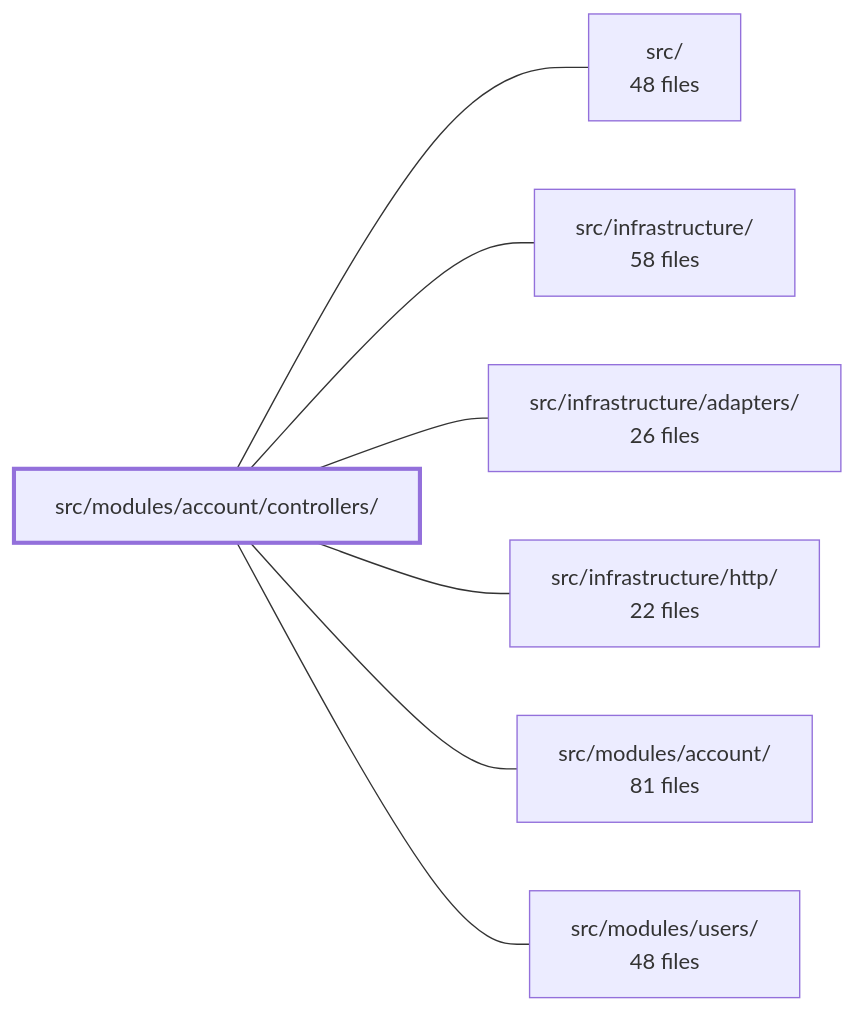
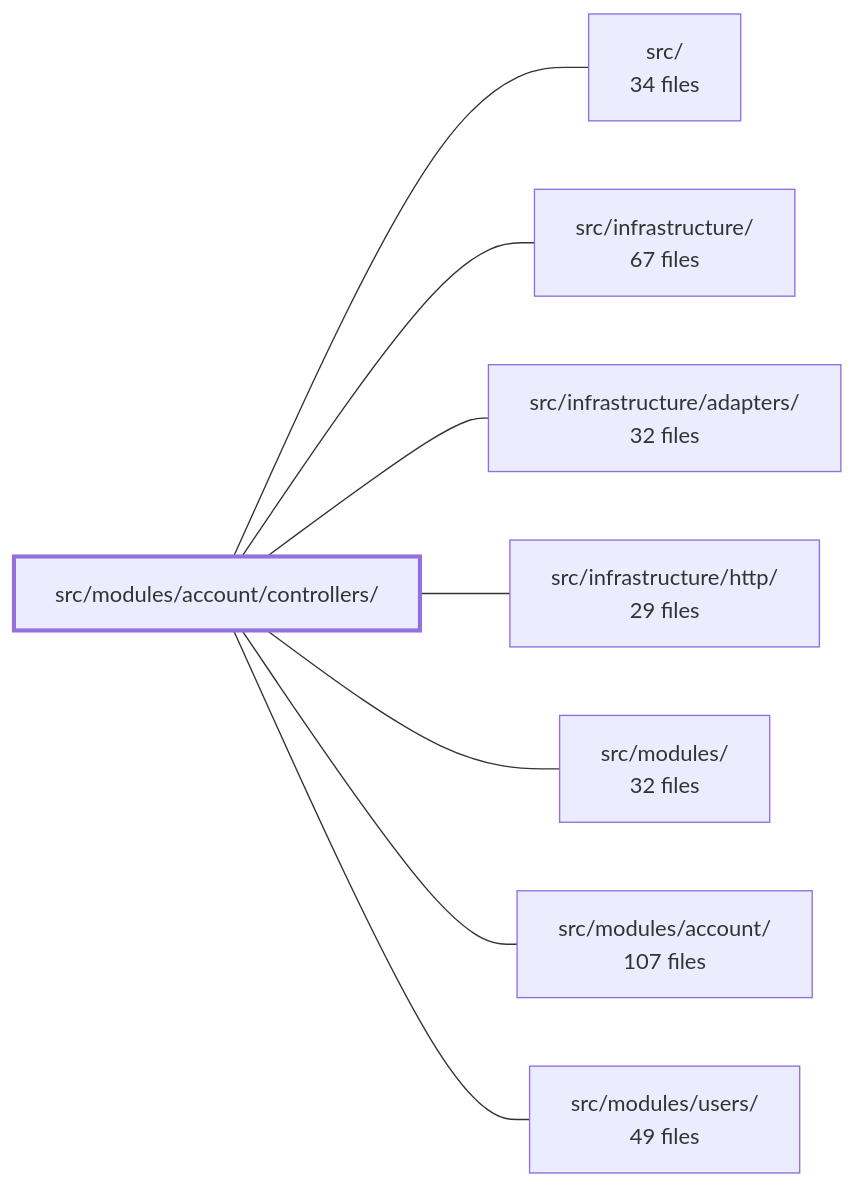
Before and after one commit to Guebbit/boilerplate-node-backend: the diagram in .2brain/modules/boilerplate-node-backend_src_modules_account_controllers.md, drawn with Mermaid. The commit also changed other lines of this file and 106 other files, not shown here.

````diff
--- a/.2brain/modules/boilerplate-node-backend_src_modules_account_controllers.md
+++ b/.2brain/modules/boilerplate-node-backend_src_modules_account_controllers.md
@@ -42,17 +41,19 @@
 ```mermaid
 flowchart LR
     m_src_modules_account_controllers["src/modules/account/controllers/"]
-    m_src["src/<br/>48 files"]
-    m_src_infrastructure["src/infrastructure/<br/>58 files"]
-    m_src_infrastructure_adapters["src/infrastructure/adapters/<br/>26 files"]
-    m_src_infrastructure_http["src/infrastructure/http/<br/>22 files"]
-    m_src_modules_account["src/modules/account/<br/>81 files"]
-    m_src_modules_users["src/modules/users/<br/>48 files"]
+    m_src["src/<br/>34 files"]
+    m_src_infrastructure["src/infrastructure/<br/>67 files"]
+    m_src_infrastructure_adapters["src/infrastructure/adapters/<br/>32 files"]
+    m_src_infrastructure_http["src/infrastructure/http/<br/>29 files"]
+    m_src_modules["src/modules/<br/>32 files"]
+    m_src_modules_account["src/modules/account/<br/>107 files"]
+    m_src_modules_users["src/modules/users/<br/>49 files"]
     m_src_modules_account_controllers --- m_src
     m_src_modules_account_controllers --- m_src_infrastructure
     m_src_modules_account_controllers --- m_src_infrastructure_adapters
     m_src_modules_account_controllers --- m_src_infrastructure_http
+    m_src_modules_account_controllers --- m_src_modules
     m_src_modules_account_controllers --- m_src_modules_account
     m_src_modules_account_controllers --- m_src_modules_users
     style m_src_modules_account_controllers stroke-width:3px
 ```
````
